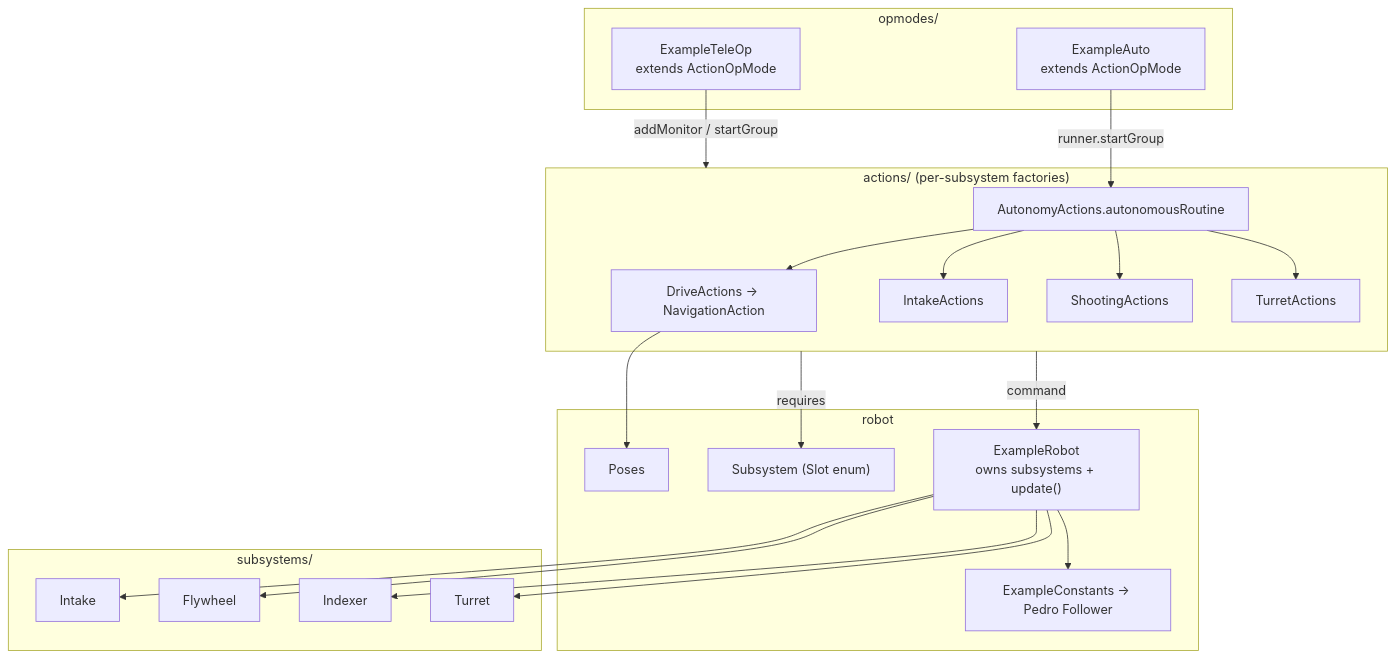
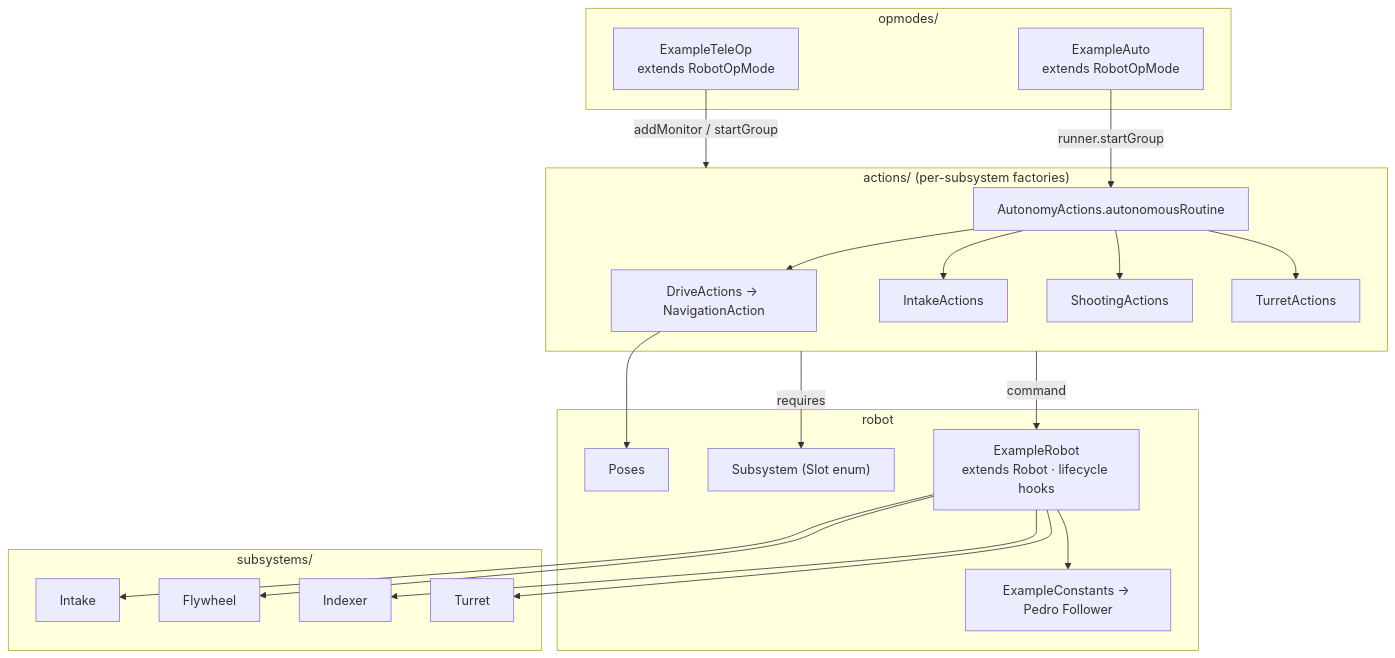
Before and after one commit to cstahie/defined: the first of 2 diagrams in defined-example-ftc/README.md, drawn with Mermaid. The commit also changed other lines of this file and 6 other files, not shown here.

````diff
--- a/defined-example-ftc/README.md
+++ b/defined-example-ftc/README.md
@@ -15,35 +30,35 @@
 ```mermaid
 flowchart TD
     subgraph opmodes["opmodes/"]
-        TELE["ExampleTeleOp<br/>extends ActionOpMode"]
-        AUTO["ExampleAuto<br/>extends ActionOpMode"]
+        TELE["ExampleTeleOp<br/>extends RobotOpMode"]
+        AUTO["ExampleAuto<br/>extends RobotOpMode"]
     end
 
     subgraph actions["actions/  (per-subsystem factories)"]
         DA["DriveActions → NavigationAction"]
         IA["IntakeActions"]
         SA["ShootingActions"]
         TA["TurretActions"]
         AA["AutonomyActions.autonomousRoutine"]
     end
 
     subgraph robot["robot"]
-        RB["ExampleRobot<br/>owns subsystems + update()"]
+        RB["ExampleRobot<br/>extends Robot · lifecycle hooks"]
         SL["Subsystem (Slot enum)"]
         PC["ExampleConstants → Pedro Follower"]
         PO["Poses"]
     end
 
     subgraph subs["subsystems/"]
         I["Intake"]; F["Flywheel"]; X["Indexer"]; T["Turret"]
     end
 
     TELE -->|addMonitor / startGroup| actions
     AUTO -->|runner.startGroup| AA
     AA --> DA & IA & SA & TA
     actions -->|requires| SL
     actions -->|command| RB
     RB --> I & F & X & T
     RB --> PC
     DA --> PO
 ```
````
